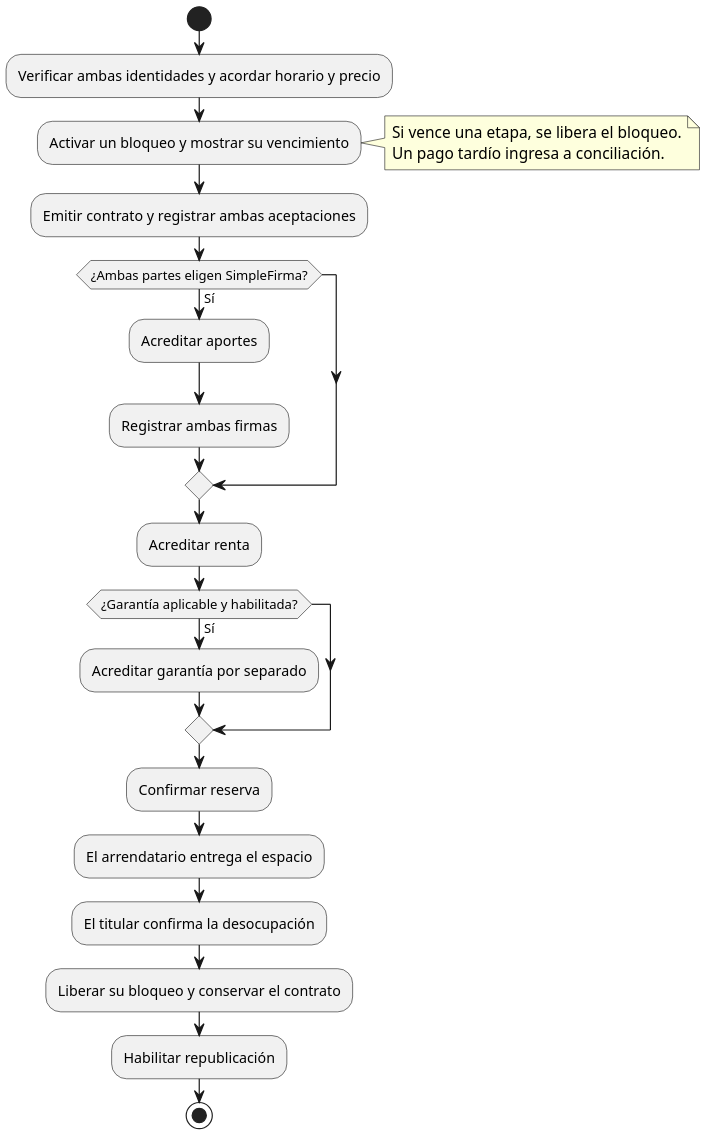
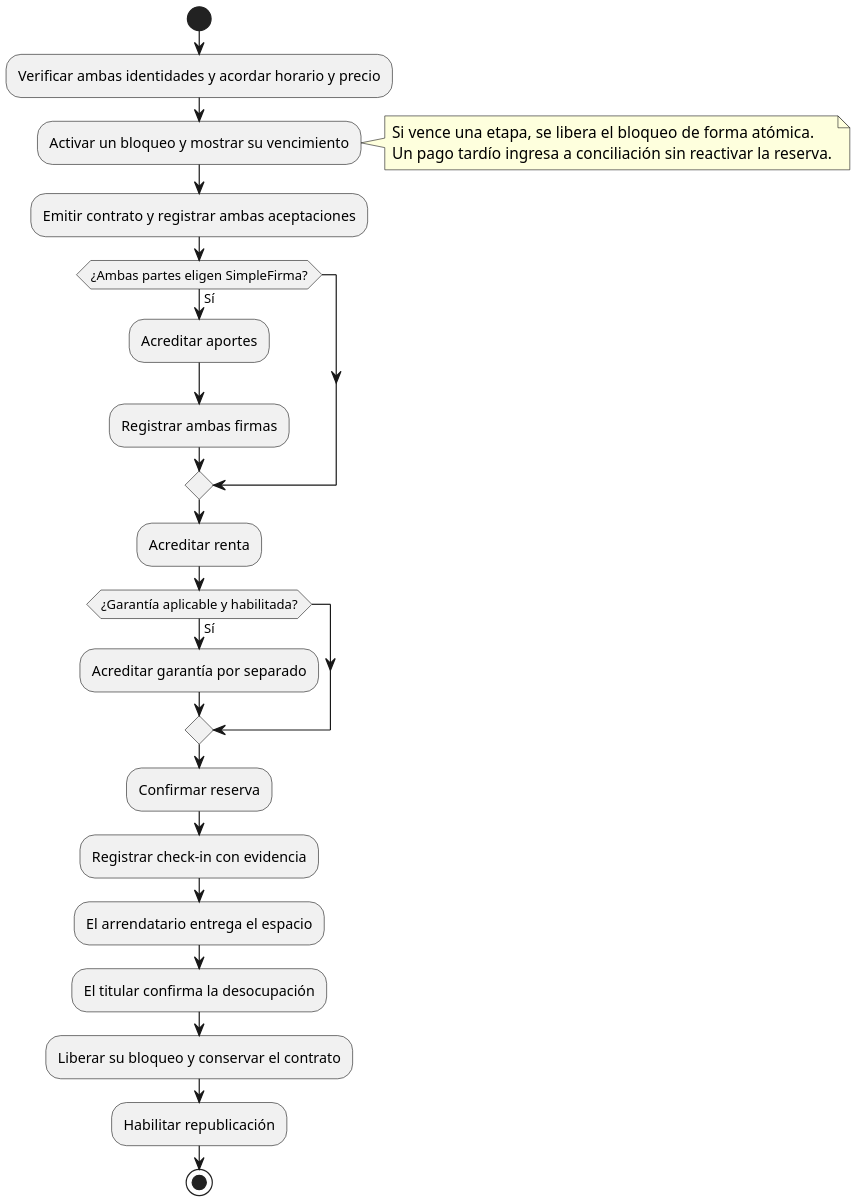
One commit to HernanEspinozaDev/proyectotitulo changed the diagram in tesis_final/assets/diagramas_src/fig09_contratacion_objetivo.puml. Above: the diagram before and after it, drawn with PlantUML. The commit also changed 6 other files, not shown here.

Commit message:
docs: actualizar procedencia del ADR y diagrama de contratación

```diff
--- a/tesis_final/assets/diagramas_src/fig09_contratacion_objetivo.puml
+++ b/tesis_final/assets/diagramas_src/fig09_contratacion_objetivo.puml
@@ -1,26 +1,27 @@
 @startuml
 skinparam shadowing false
 skinparam dpi 190
 start
 :Verificar ambas identidades y acordar horario y precio;
 :Activar un bloqueo y mostrar su vencimiento;
 note right
-  Si vence una etapa, se libera el bloqueo.
-  Un pago tardío ingresa a conciliación.
+  Si vence una etapa, se libera el bloqueo de forma atómica.
+  Un pago tardío ingresa a conciliación sin reactivar la reserva.
 end note
 :Emitir contrato y registrar ambas aceptaciones;
 if (¿Ambas partes eligen SimpleFirma?) then (Sí)
   :Acreditar aportes;
   :Registrar ambas firmas;
 endif
 :Acreditar renta;
 if (¿Garantía aplicable y habilitada?) then (Sí)
   :Acreditar garantía por separado;
 endif
 :Confirmar reserva;
+:Registrar check-in con evidencia;
 :El arrendatario entrega el espacio;
 :El titular confirma la desocupación;
 :Liberar su bloqueo y conservar el contrato;
 :Habilitar republicación;
 stop
 @enduml
```
